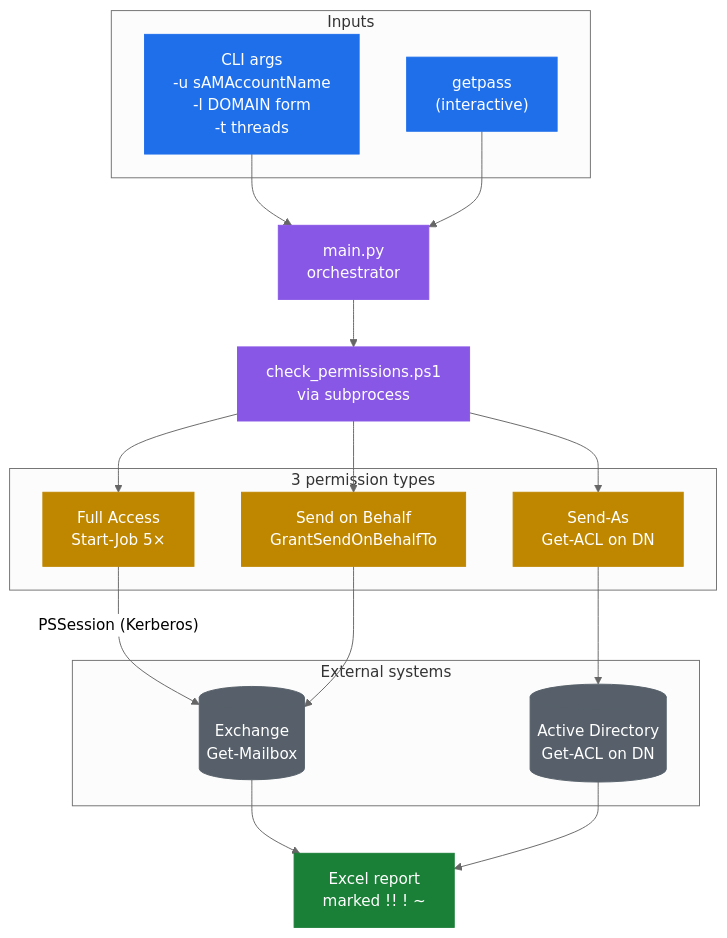
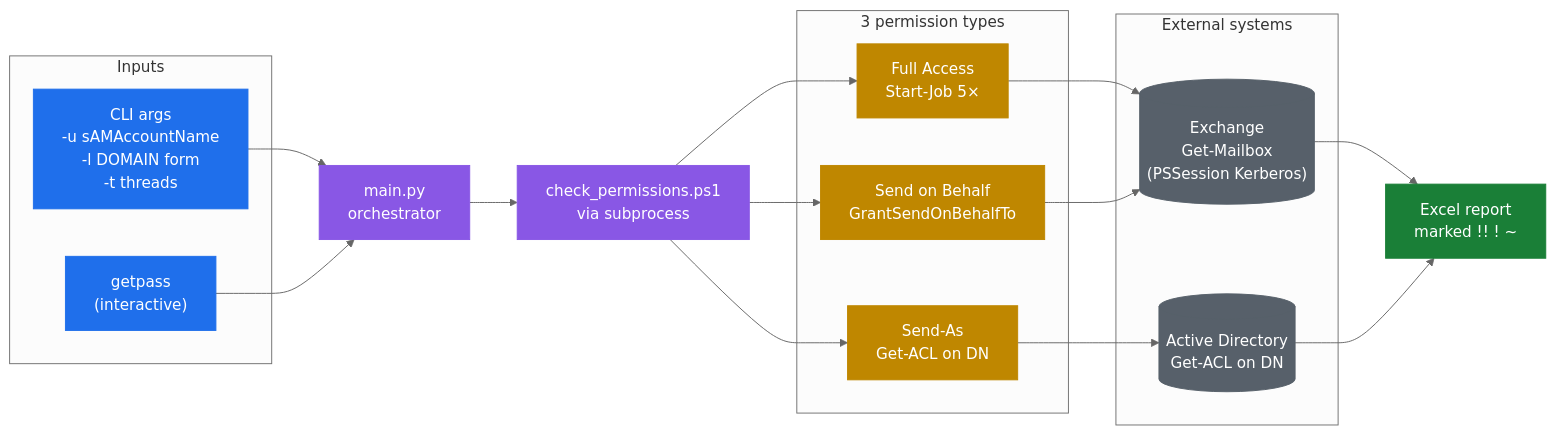
One commit to ilik1799/exchange-permissions-audit changed the diagram in README.md. Above: the diagram before and after it, drawn with Mermaid (neutral theme).

Commit message:
docs: switch diagram to LR layout for cleaner rendering

````diff
--- a/README.md
+++ b/README.md
@@ -26,46 +26,46 @@
 ```mermaid
-flowchart TB
+flowchart LR
     subgraph IN["Inputs"]
         CLI["CLI args<br/>-u sAMAccountName<br/>-l DOMAIN form<br/>-t threads"]
         PWD["getpass<br/>(interactive)"]
     end
 
     PY["main.py<br/>orchestrator"]
     PS["check_permissions.ps1<br/>via subprocess"]
 
     subgraph METHODS["3 permission types"]
         FA["Full Access<br/>Start-Job 5×"]
         SA["Send-As<br/>Get-ACL on DN"]
         SB["Send on Behalf<br/>GrantSendOnBehalfTo"]
     end
 
     subgraph EXT["External systems"]
-        EXCH[("Exchange<br/>Get-Mailbox")]
+        EXCH[("Exchange<br/>Get-Mailbox<br/>(PSSession Kerberos)")]
         AD[("Active Directory<br/>Get-ACL on DN")]
     end
 
     XLSX["Excel report<br/>marked !! ! ~"]
 
     CLI --> PY
     PWD --> PY
     PY --> PS
     PS --> FA
     PS --> SA
     PS --> SB
-    FA -->|"PSSession (Kerberos)"| EXCH
+    FA --> EXCH
     SA --> AD
     SB --> EXCH
     EXCH --> XLSX
     AD --> XLSX
 
     classDef in fill:#1f6feb,stroke:#1f6feb,color:#fff
     classDef core fill:#8957e5,stroke:#8957e5,color:#fff
     classDef method fill:#bf8700,stroke:#bf8700,color:#fff
     classDef ext fill:#57606a,stroke:#57606a,color:#fff
     classDef out fill:#1a7f37,stroke:#1a7f37,color:#fff
     class CLI,PWD in
     class PY,PS core
     class FA,SA,SB method
     class EXCH,AD ext
     class XLSX out
 ```
````
